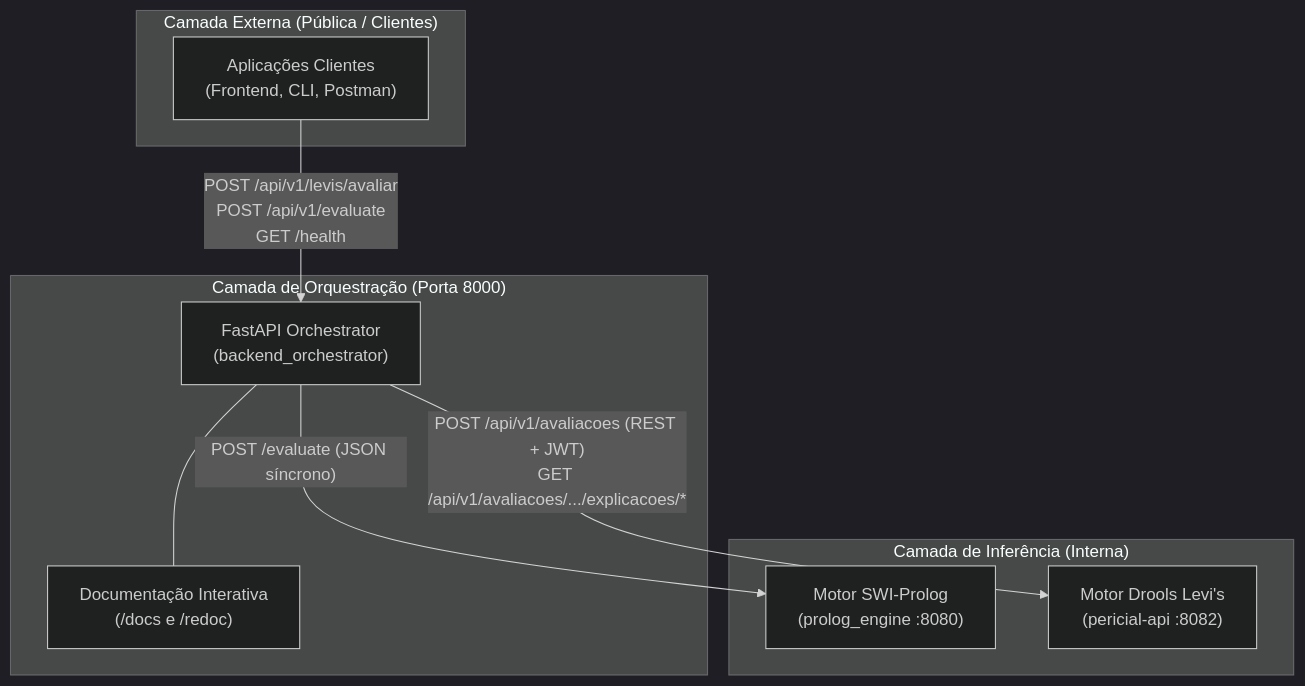
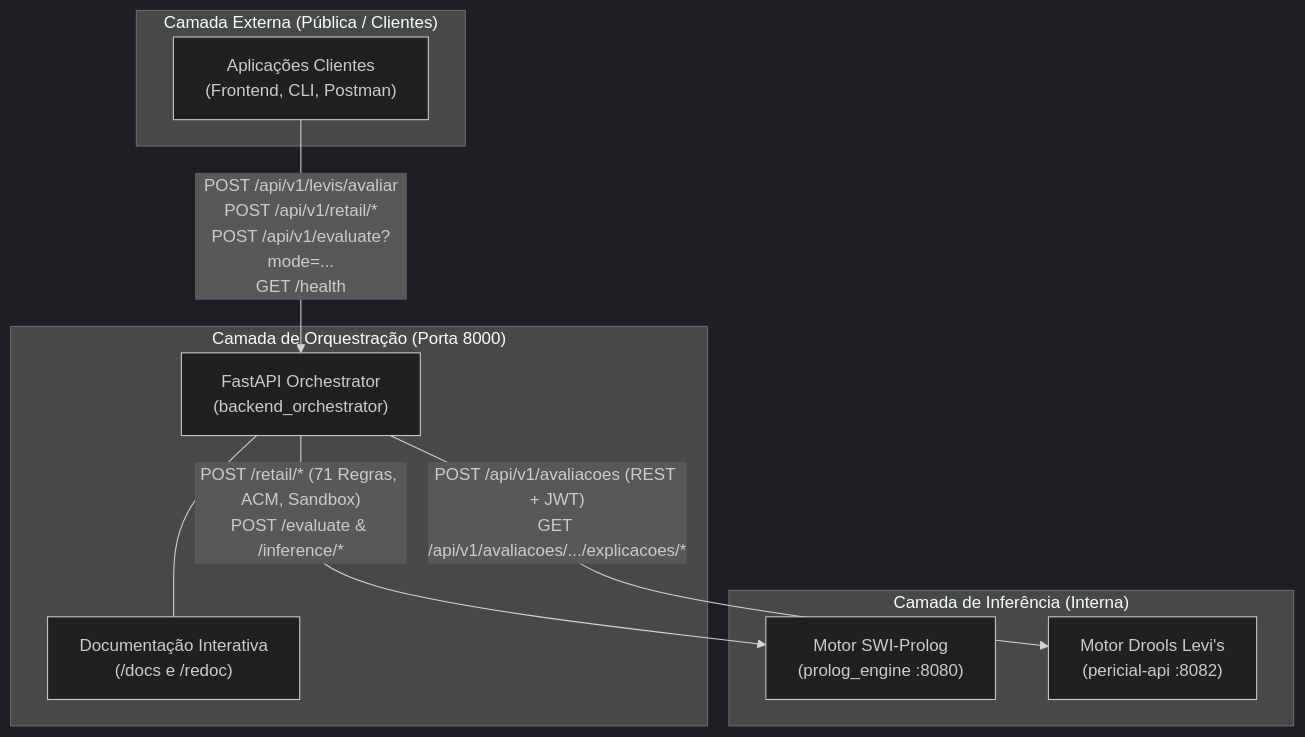
The diagram in docs/api/README.md (Alvaro1940052/meia-equipa3-challenge1-26_27), drawn with Mermaid (dark theme) before and after one commit. The commit also changed other lines of this file and 46 other files, not shown here.

Commit message:
feat: add retail prolog inference engine and backend orchestration support

````diff
--- a/docs/api/README.md
+++ b/docs/api/README.md
@@ -12,21 +12,21 @@
 ```mermaid
 flowchart TD
     subgraph "Camada Externa (Pública / Clientes)"
         Client["Aplicações Clientes\n(Frontend, CLI, Postman)"]
     end
 
     subgraph "Camada de Orquestração (Porta 8000)"
         FastAPI["FastAPI Orchestrator\n(backend_orchestrator)"]
         Swagger["Documentação Interativa\n(/docs e /redoc)"]
     end
 
     subgraph "Camada de Inferência (Interna)"
         Prolog["Motor SWI-Prolog\n(prolog_engine :8080)"]
         Drools["Motor Drools Levi's\n(pericial-api :8082)"]
     end
 
-    Client -->|"POST /api/v1/levis/avaliar\nPOST /api/v1/evaluate\nGET /health"| FastAPI
+    Client -->|"POST /api/v1/levis/avaliar\nPOST /api/v1/retail/*\nPOST /api/v1/evaluate?mode=...\nGET /health"| FastAPI
     FastAPI --- Swagger
-    FastAPI -->|"POST /evaluate (JSON síncrono)"| Prolog
+    FastAPI -->|"POST /retail/* (71 Regras, ACM, Sandbox)\nPOST /evaluate & /inference/*"| Prolog
     FastAPI -->|"POST /api/v1/avaliacoes (REST + JWT)\nGET /api/v1/avaliacoes/.../explicacoes/*"| Drools
 ```
````
